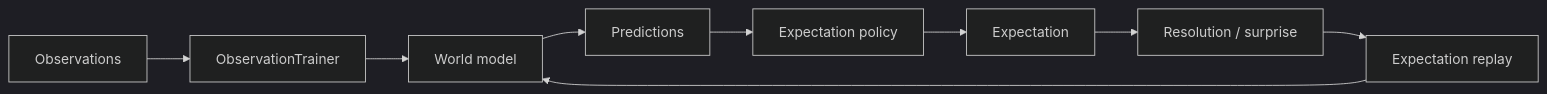
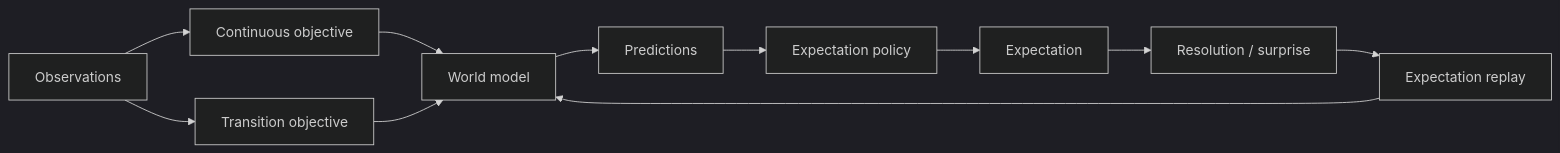
The sixth of 7 diagrams in docs/expectations.md (skasti/skyn-vaettr), drawn with Mermaid (dark theme) before and after one commit. The commit also changed other lines of this file, not shown here.

Commit message:
Document adaptive multi-objective self-supervision

````diff
--- a/docs/expectations.md
+++ b/docs/expectations.md
@@ -106,11 +141,13 @@
 ```mermaid
 flowchart LR
-    O[Observations] --> L[ObservationTrainer]
-    L --> M[World model]
+    O[Observations] --> C[Continuous objective]
+    O --> T[Transition objective]
+    C --> M[World model]
+    T --> M
     M --> P[Predictions]
     P --> E[Expectation policy]
     E --> X[Expectation]
     X --> R[Resolution / surprise]
     R --> ER[Expectation replay]
     ER --> M
 ```
````
